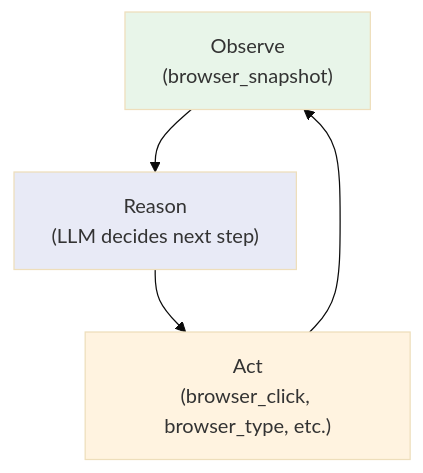
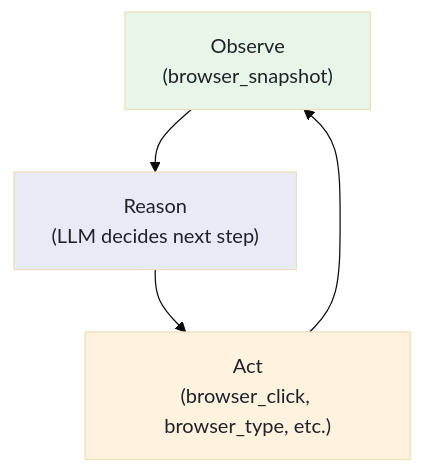
Before and after one commit to bytetunnels/bytetunnels.github.com: the third of 5 diagrams in _posts/2026-02-25-playwright-mcp-server-connecting-browser-automation-ai-agents.md, drawn with Mermaid (base theme). The commit also changed other lines of this file and 118 other files, not shown here.

Commit message:
feat: improve diagram styling and compact wide flowcharts

````diff
--- a/_posts/2026-02-25-playwright-mcp-server-connecting-browser-automation-ai-agents.md
+++ b/_posts/2026-02-25-playwright-mcp-server-connecting-browser-automation-ai-agents.md
@@ -283,10 +283,10 @@
 ```mermaid
 graph TD
     A["Observe<br>(browser_snapshot)"] --> B["Reason<br>(LLM decides next step)"]
     B --> C["Act<br>(browser_click, browser_type, etc.)"]
     C --> A
 
-    style A fill:#e8f5e9
-    style B fill:#e8eaf6
-    style C fill:#fff3e0
+    style A fill:#e8f5e9,color:#1f2328
+    style B fill:#e8eaf6,color:#1f2328
+    style C fill:#fff3e0,color:#1f2328
 ```
````
